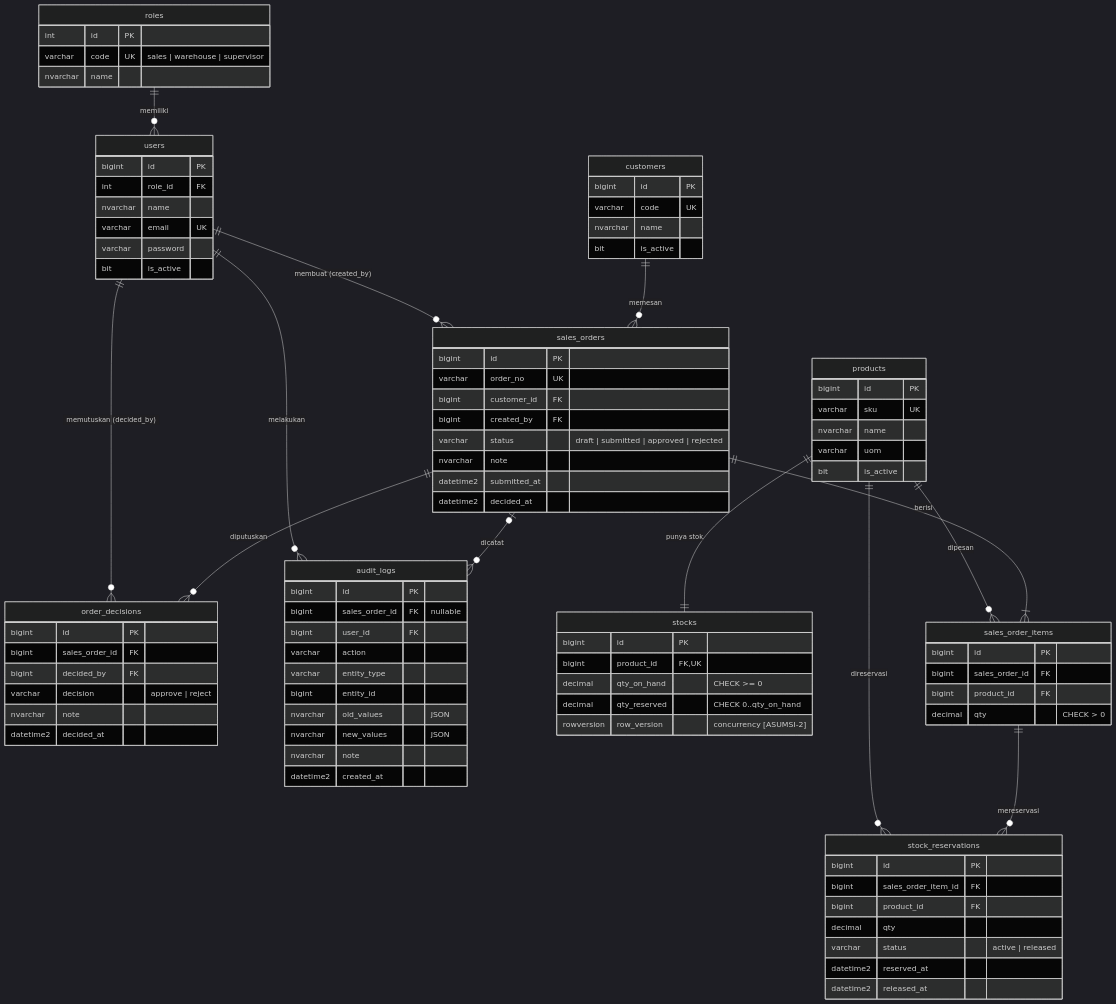
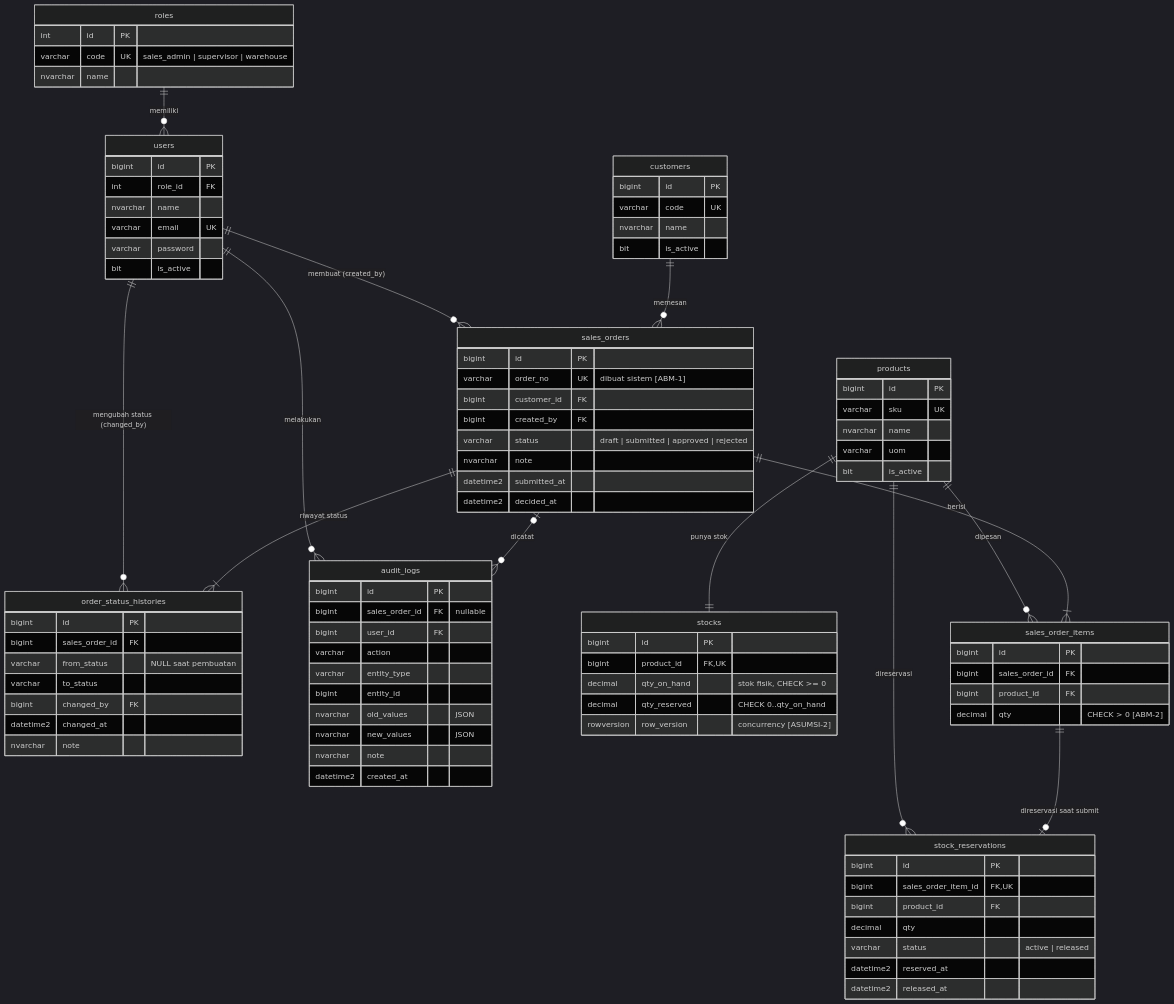
One commit to riansefriadi/training-02-project changed the diagram in docs/erd/erd.md. Above: the diagram before and after it, drawn with Mermaid (dark theme). The commit also changed other lines of this file and 9 other files, not shown here.

First line of the commit message:
docs: apply minimum business rules (reserve on submit, deduct on approve)

```diff
--- a/docs/erd/erd.md
+++ b/docs/erd/erd.md
@@ -7,20 +7,20 @@
 erDiagram
     roles ||--o{ users : "memiliki"
     users ||--o{ sales_orders : "membuat (created_by)"
-    users ||--o{ order_decisions : "memutuskan (decided_by)"
+    users ||--o{ order_status_histories : "mengubah status (changed_by)"
     users ||--o{ audit_logs : "melakukan"
     customers ||--o{ sales_orders : "memesan"
     products ||--|| stocks : "punya stok"
     products ||--o{ sales_order_items : "dipesan"
     products ||--o{ stock_reservations : "direservasi"
     sales_orders ||--|{ sales_order_items : "berisi"
-    sales_order_items ||--o{ stock_reservations : "mereservasi"
-    sales_orders ||--o{ order_decisions : "diputuskan"
+    sales_order_items ||--o| stock_reservations : "direservasi saat submit"
+    sales_orders ||--|{ order_status_histories : "riwayat status"
     sales_orders |o--o{ audit_logs : "dicatat"
 
     roles {
         int id PK
-        varchar code UK "sales | warehouse | supervisor"
+        varchar code UK "sales_admin | supervisor | warehouse"
         nvarchar name
     }
     users {
@@ -47,13 +47,13 @@
     stocks {
         bigint id PK
         bigint product_id FK,UK
-        decimal qty_on_hand "CHECK >= 0"
+        decimal qty_on_hand "stok fisik, CHECK >= 0"
         decimal qty_reserved "CHECK 0..qty_on_hand"
         rowversion row_version "concurrency [ASUMSI-2]"
     }
     sales_orders {
         bigint id PK
-        varchar order_no UK
+        varchar order_no UK "dibuat sistem [ABM-1]"
         bigint customer_id FK
         bigint created_by FK
         varchar status "draft | submitted | approved | rejected"
@@ -65,24 +65,25 @@
         bigint id PK
         bigint sales_order_id FK
         bigint product_id FK
-        decimal qty "CHECK > 0"
+        decimal qty "CHECK > 0 [ABM-2]"
     }
     stock_reservations {
         bigint id PK
-        bigint sales_order_item_id FK
+        bigint sales_order_item_id FK,UK
         bigint product_id FK
         decimal qty
         varchar status "active | released"
         datetime2 reserved_at
         datetime2 released_at
     }
-    order_decisions {
+    order_status_histories {
         bigint id PK
         bigint sales_order_id FK
-        bigint decided_by FK
-        varchar decision "approve | reject"
+        varchar from_status "NULL saat pembuatan"
+        varchar to_status
+        bigint changed_by FK
+        datetime2 changed_at
         nvarchar note
-        datetime2 decided_at
     }
     audit_logs {
         bigint id PK
```
